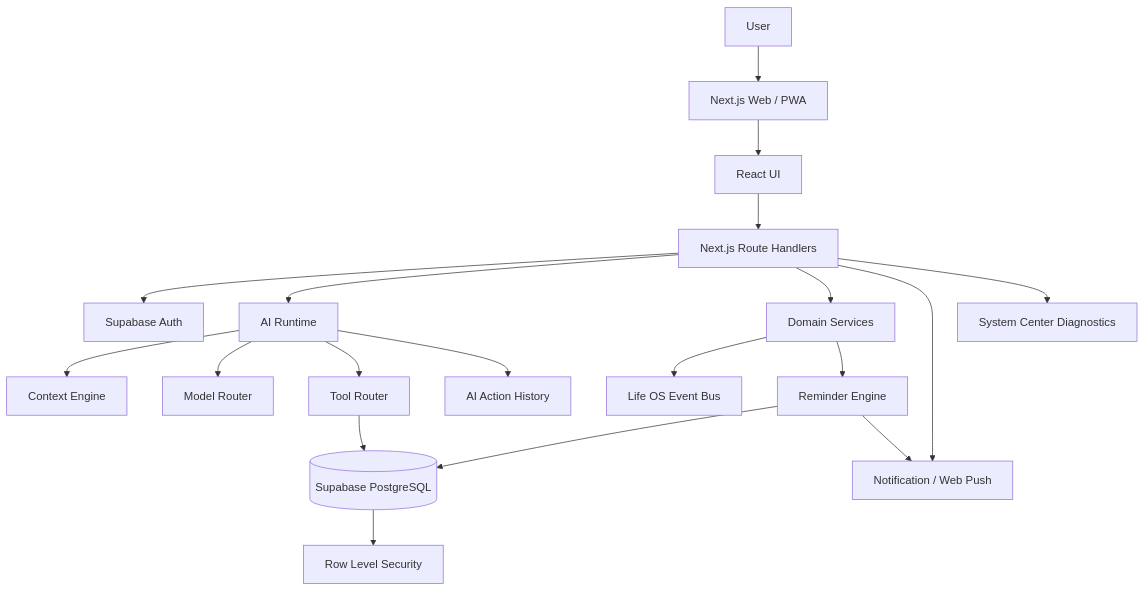
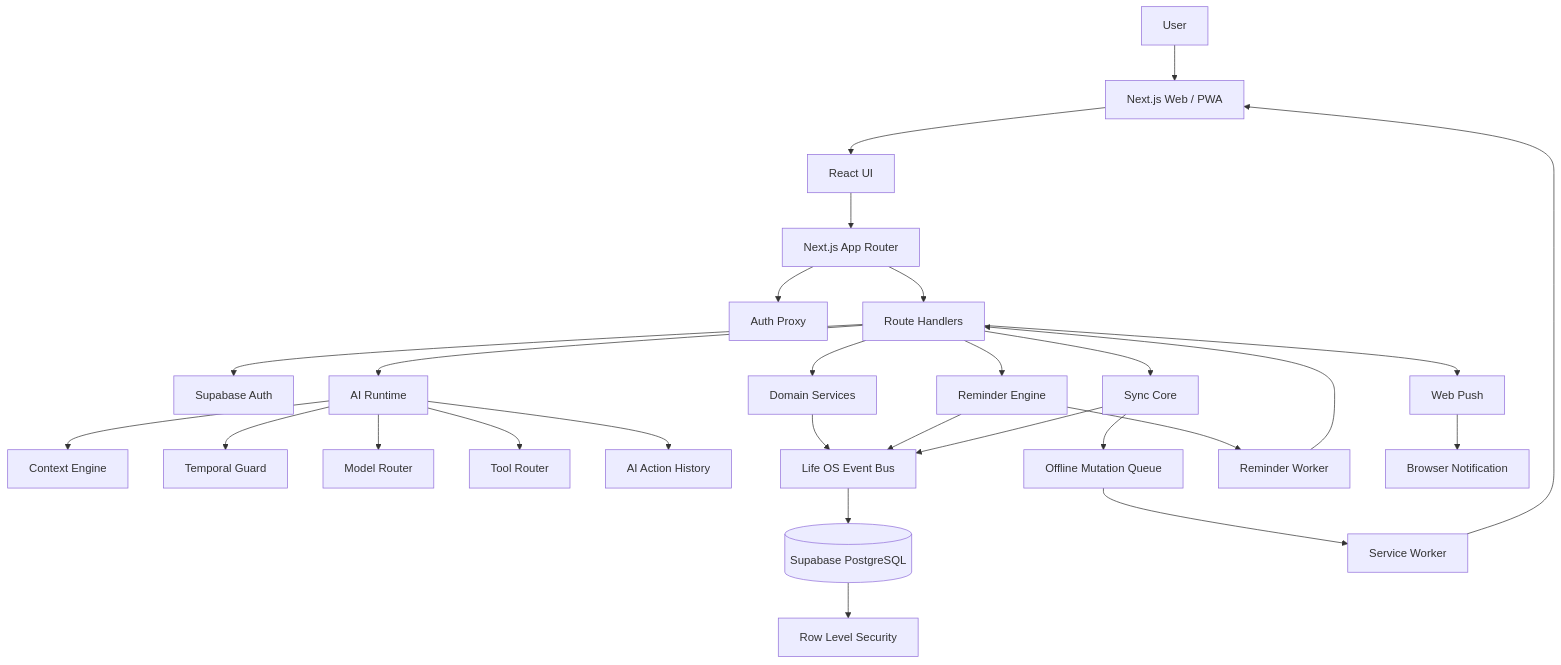
Before and after one commit to Nawfalfaiz30/licia: the diagram in README.md, drawn with Mermaid. The commit also changed other lines of this file, not shown here.

````diff
--- a/README.md
+++ b/README.md
@@ -340,25 +646,37 @@
 ```mermaid
 flowchart TD
     U[User] --> PWA[Next.js Web / PWA]
+
     PWA --> UI[React UI]
-    UI --> API[Next.js Route Handlers]
+    UI --> ROUTES[Next.js App Router]
+    ROUTES --> PROXY[Auth Proxy]
+    ROUTES --> API[Route Handlers]
 
     API --> AUTH[Supabase Auth]
+    API --> DOMAIN[Domain Services]
     API --> AI[AI Runtime]
-    API --> DOMAIN[Domain Services]
-    API --> PUSH[Notification / Web Push]
+    API --> REM[Reminder Engine]
+    API --> PUSH[Web Push]
+    API --> SYNC[Sync Core]
 
-    AI --> CE[Context Engine]
-    AI --> MR[Model Router]
-    AI --> TR[Tool Router]
-    TR --> DB[(Supabase PostgreSQL)]
+    AI --> CONTEXT[Context Engine]
+    AI --> TEMP[Temporal Guard]
+    AI --> ROUTER[Model Router]
+    AI --> TOOLS[Tool Router]
+    AI --> HISTORY[AI Action History]
 
     DOMAIN --> EVENTS[Life OS Event Bus]
-    DOMAIN --> REM[Reminder Engine]
-    REM --> DB
-    REM --> PUSH
+    REM --> EVENTS
+    SYNC --> EVENTS
 
+    EVENTS --> DB[(Supabase PostgreSQL)]
     DB --> RLS[Row Level Security]
-    AI --> LOG[AI Action History]
-    API --> SYS[System Center Diagnostics]
+
+    SYNC --> QUEUE[Offline Mutation Queue]
+    QUEUE --> SW[Service Worker]
+    SW --> PWA
+
+    REM --> WORKER[Reminder Worker]
+    WORKER --> API
+    PUSH --> BROWSER[Browser Notification]
 ```
````
